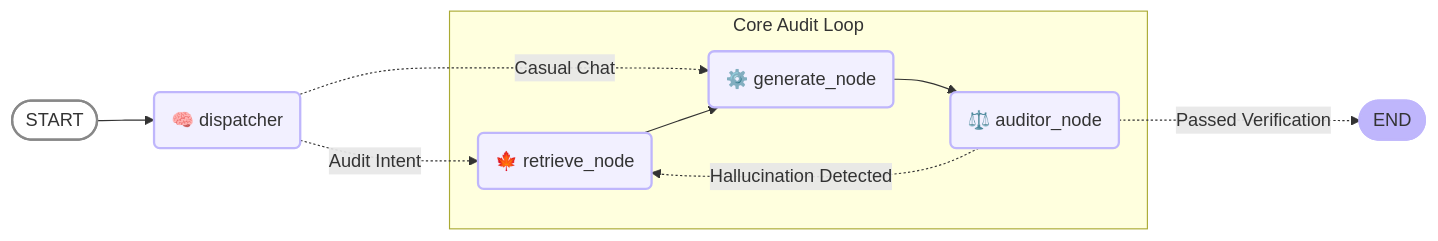
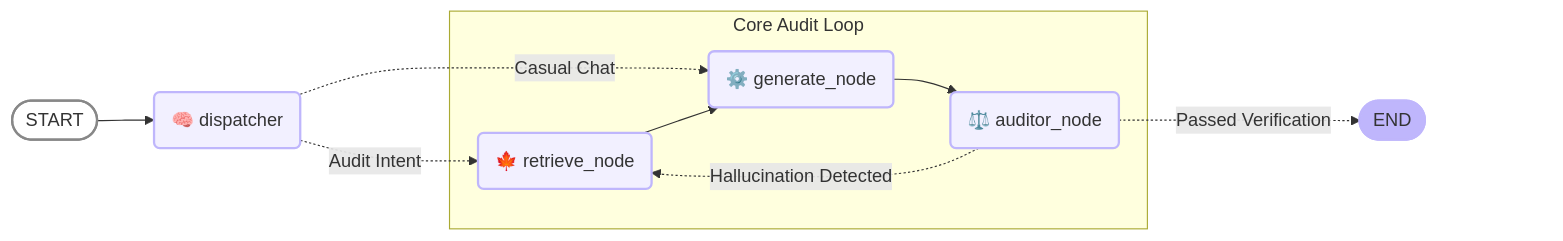
One commit to emmacyu/risk-auditor-agent changed the diagram in README.md. Above: the diagram before and after it, drawn with Mermaid. The commit also changed 1 other file, not shown here.

````diff
--- a/README.md
+++ b/README.md
@@ -56,31 +56,35 @@
 ```mermaid
 ---
 config:
   flowchart:
     curve: basis
 ---
 graph LR;
     subgraph Core Audit Loop
         retrieve_node(🍁 retrieve_node)
         generate_node(⚙️ generate_node)
         auditor_node(⚖️ auditor_node)
     end
     
     __start__([<p>START</p>]):::first
     dispatcher(🧠 dispatcher)
     __end__([<p>END</p>]):::last
 
     __start__ --> dispatcher;
     dispatcher -.Casual Chat.-> generate_node;
     dispatcher -.Audit Intent.-> retrieve_node;
     
     retrieve_node --> generate_node;
     generate_node --> auditor_node;
     
     auditor_node -.Hallucination Detected.-> retrieve_node;
     auditor_node -.Passed Verification.-> __end__;
 
+    %% 这是一个透明的占位符节点，专门用来把 GitHub 的放大缩小控件往右边顶开，防止遮挡 END 节点
+    __end__ ~~~ padding_node[" "]
+    style padding_node fill:none,stroke:none
+
     classDef default fill:#f2f0ff,line-height:1.2,stroke:#bfb6fc,stroke-width:2px
     classDef first fill-opacity:0,stroke:#888
     classDef last fill:#bfb6fc
 ```
````
